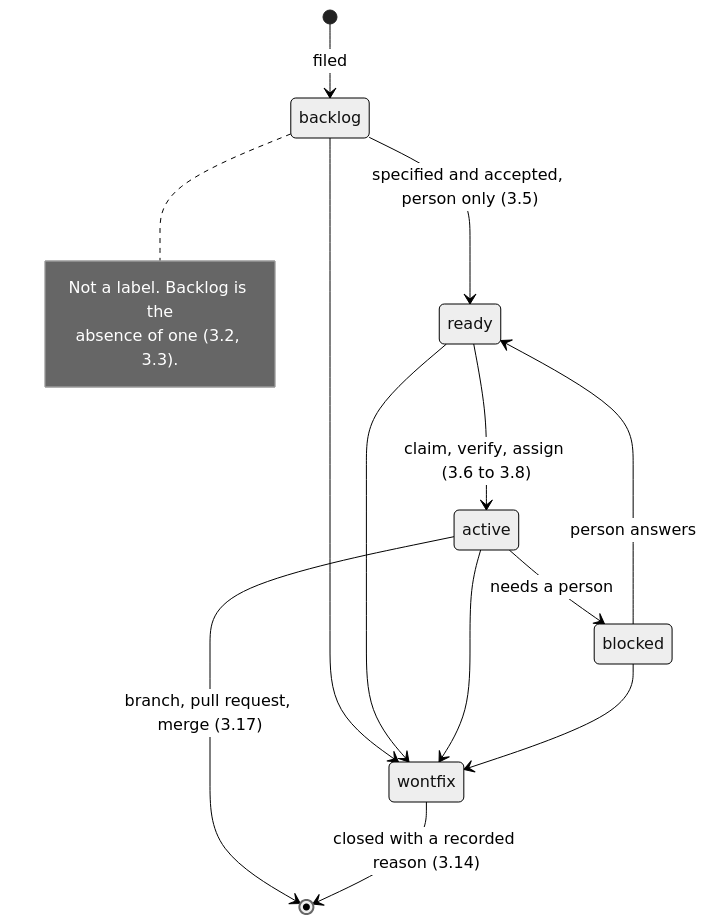
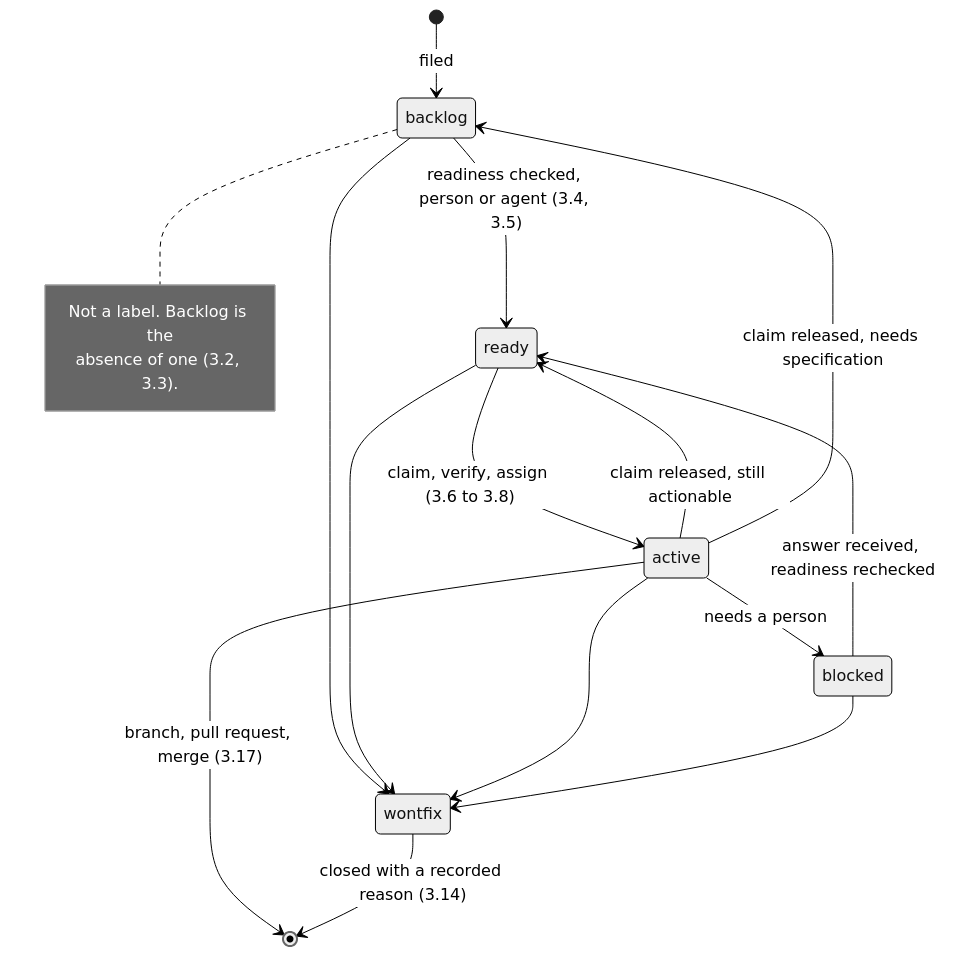
Before and after one commit to The-Focus-AI/standards: the diagram in standards/STD-002-issues-and-agent-workflow.md, drawn with Mermaid (neutral theme). The commit also changed other lines of this file and 82 other files, not shown here.

````diff
--- a/standards/STD-002-issues-and-agent-workflow.md
+++ b/standards/STD-002-issues-and-agent-workflow.md
@@ -225,19 +242,21 @@
 ```mermaid
 stateDiagram-v2
     [*] --> backlog: filed
-    backlog --> ready: specified and accepted, person only (3.5)
+    backlog --> ready: readiness checked, person or agent (3.4, 3.5)
     ready --> active: claim, verify, assign (3.6 to 3.8)
     active --> blocked: needs a person
-    blocked --> ready: person answers
+    blocked --> ready: answer received, readiness rechecked
+    active --> ready: claim released, still actionable
+    active --> backlog: claim released, needs specification
     active --> [*]: branch, pull request, merge (3.17)
     backlog --> wontfix
     ready --> wontfix
     active --> wontfix
     blocked --> wontfix
     wontfix --> [*]: closed with a recorded reason (3.14)
 
     note right of backlog
         Not a label. Backlog is the
         absence of one (3.2, 3.3).
     end note
 ```
````
